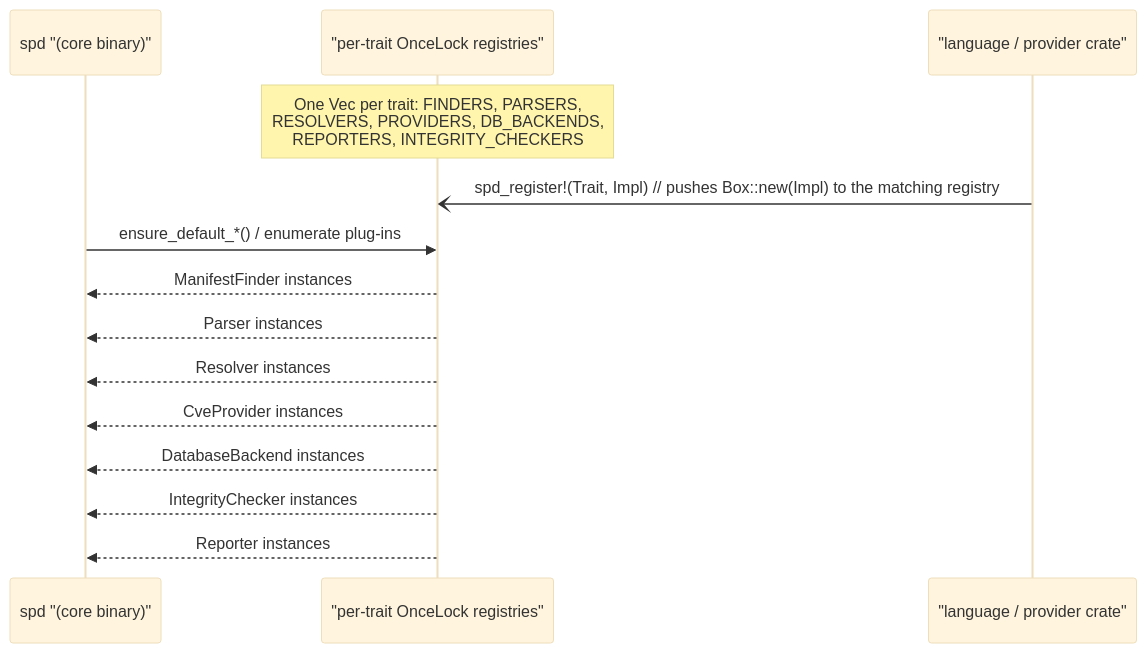
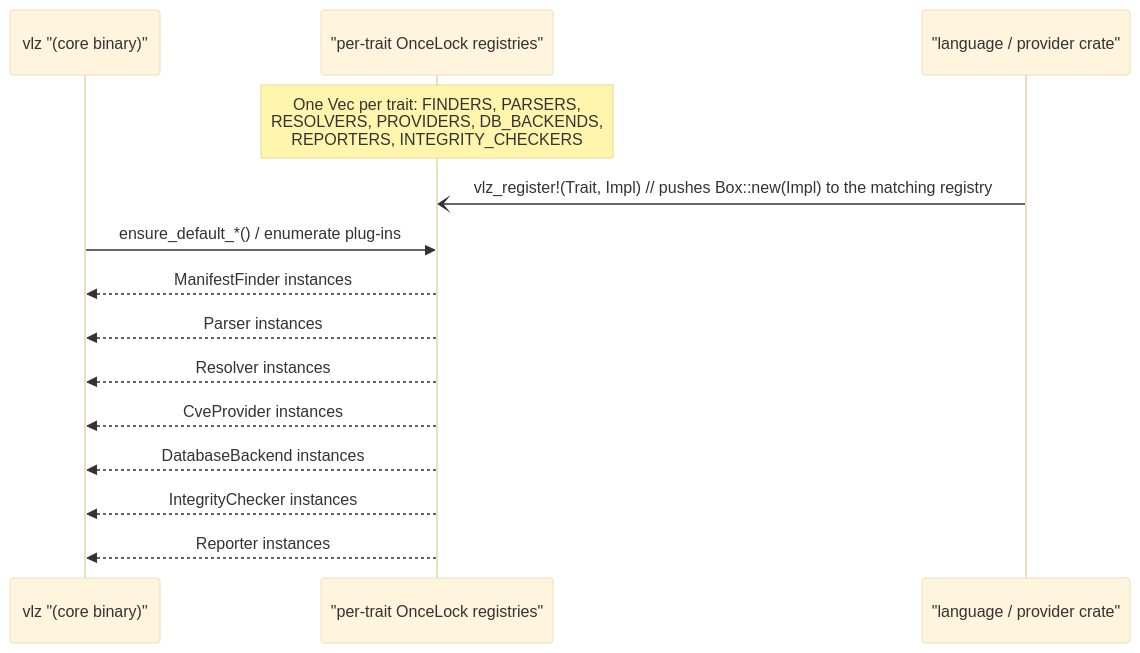
One commit to verilyze/verilyze changed the diagram in architecture/plugin-registration-flow.mmd. Above: the diagram before and after it, drawn with Mermaid (base theme). The commit also changed 125 other files, not shown here.

```diff
--- a/architecture/plugin-registration-flow.mmd
+++ b/architecture/plugin-registration-flow.mmd
@@ -1,19 +1,19 @@
 sequenceDiagram
-    participant Core as spd "(core binary)"
+    participant Core as vlz "(core binary)"
     participant Registries as "per-trait OnceLock registries"
     participant Plugin as "language / provider crate"
 
     note over Registries: One Vec per trait: FINDERS, PARSERS,<br/>RESOLVERS, PROVIDERS, DB_BACKENDS,<br/>REPORTERS, INTEGRITY_CHECKERS
 
     %% Plug‑in registration (compile-time, one-way)
-    Plugin -) Registries: spd_register!(Trait, Impl)  // pushes Box::new(Impl) to the matching registry
+    Plugin -) Registries: vlz_register!(Trait, Impl)  // pushes Box::new(Impl) to the matching registry
 
     %% Runtime start‑up (core reads the compiled registries)
     Core ->> Registries: ensure_default_*() / enumerate plug‑ins
     Registries -->> Core: ManifestFinder instances
     Registries -->> Core: Parser instances
     Registries -->> Core: Resolver instances
     Registries -->> Core: CveProvider instances
     Registries -->> Core: DatabaseBackend instances
     Registries -->> Core: IntegrityChecker instances
     Registries -->> Core: Reporter instances
```
